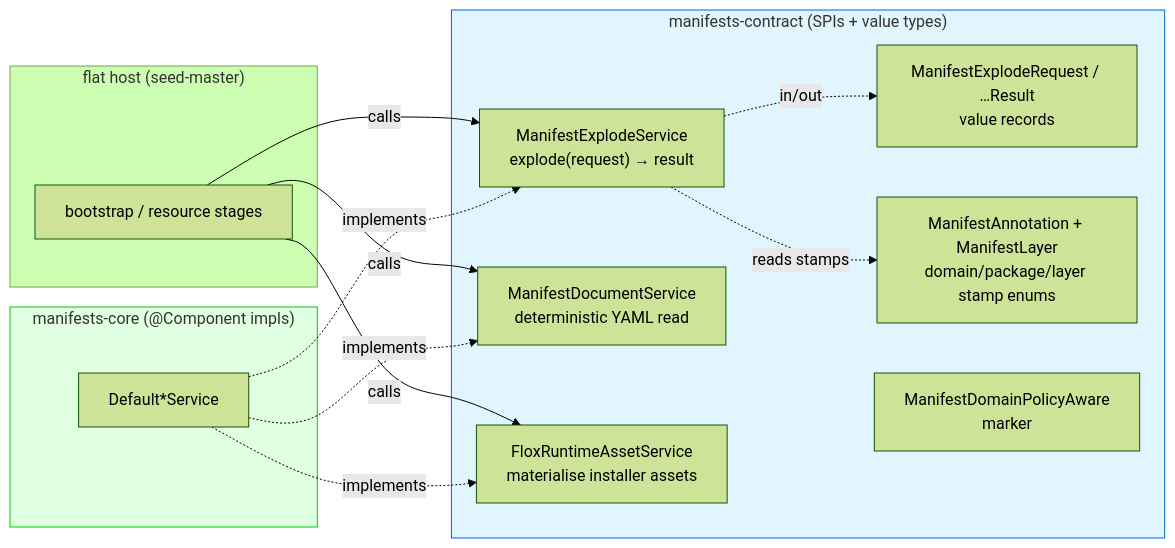
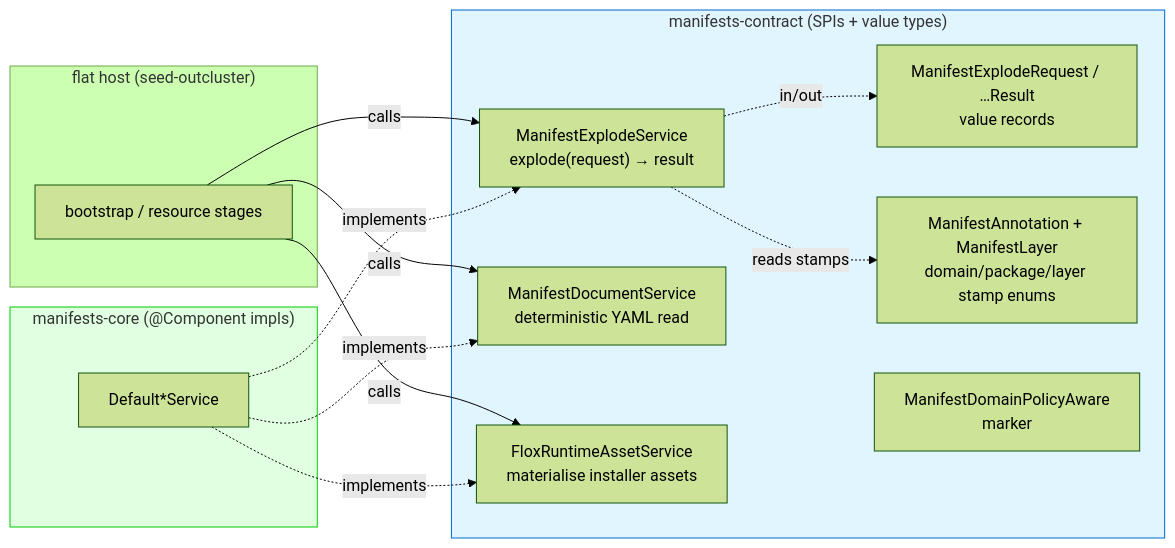
Before and after one commit to seedmatic/rke2lab: the third of 6 diagrams in docs/architecture/manifests/manifests-architecture.adoc, drawn with Mermaid (forest theme). The commit also changed other lines of this file and 160 other files, not shown here.

First line of the commit message:
refactor(exec)!: `seed-master` → `seed-outcluster`, one axis for the whole chain

```diff
--- a/docs/architecture/manifests/manifests-architecture.adoc
+++ b/docs/architecture/manifests/manifests-architecture.adoc
@@ -326,28 +326,28 @@
 [mermaid]
 ----
 graph LR
-    subgraph host["flat host (seed-master)"]
+    subgraph host["flat host (seed-outcluster)"]
       H["bootstrap / resource stages"]
     end
     subgraph port["manifests-contract (SPIs + value types)"]
       EXPL["ManifestExplodeService<br/>explode(request) → result"]
       DOC["ManifestDocumentService<br/>deterministic YAML read"]
       FLOX["FloxRuntimeAssetService<br/>materialise installer assets"]
       REQ["ManifestExplodeRequest / …Result<br/>value records"]
       ANN["ManifestAnnotation + ManifestLayer<br/>domain/package/layer stamp enums"]
       PAW["ManifestDomainPolicyAware<br/>marker"]
     end
     subgraph core["manifests-core (@Component impls)"]
       C["Default*Service"]
     end
     H -->|calls| EXPL
     H -->|calls| DOC
     H -->|calls| FLOX
     EXPL -.->|in/out| REQ
     EXPL -.->|reads stamps| ANN
     C -.->|implements| EXPL
     C -.->|implements| DOC
     C -.->|implements| FLOX
     style port fill:#e1f5ff,stroke:#0066cc
     style core fill:#e1ffe1,stroke:#00cc00
 ----
```
